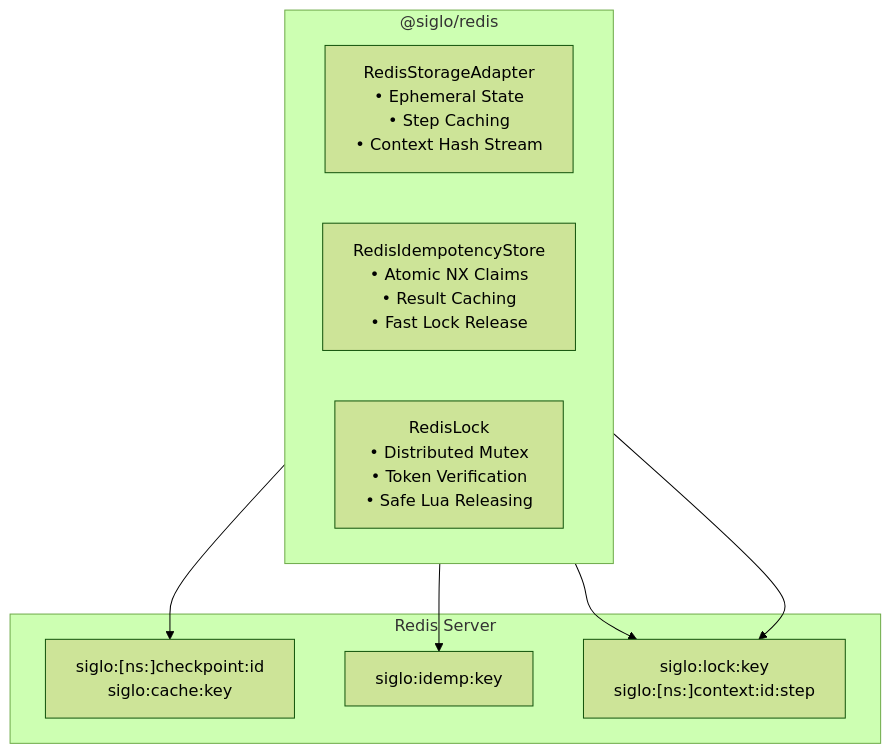
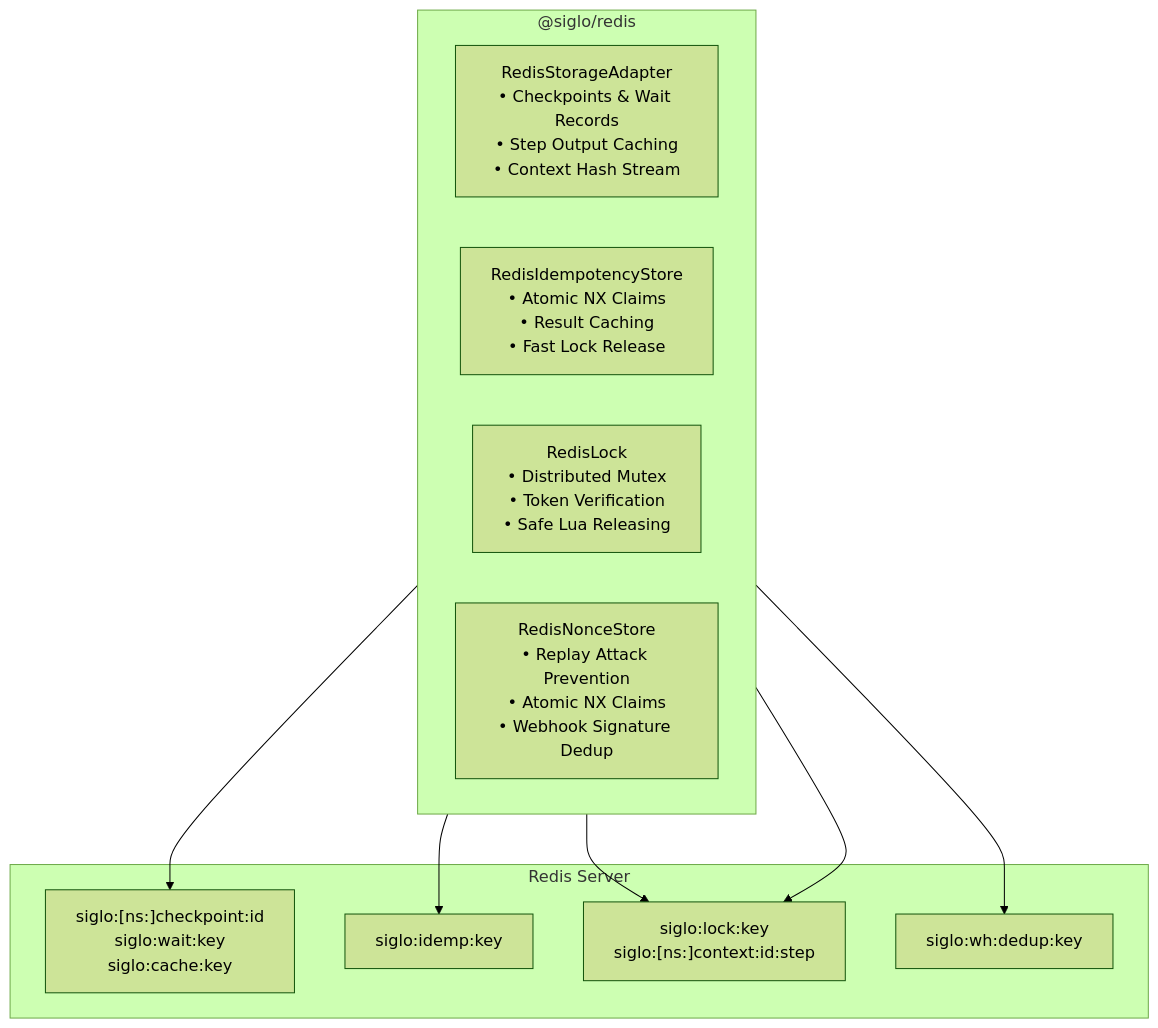
One commit to jsoftgem/siglo changed the diagram in packages/redis/README.md. Above: the diagram before and after it, drawn with Mermaid (forest theme). The commit also changed other lines of this file and 18 other files, not shown here.

````diff
--- a/packages/redis/README.md
+++ b/packages/redis/README.md
@@ -11,20 +16,23 @@
 ```mermaid
 flowchart TD
     subgraph Package["@siglo/redis"]
         direction LR
-        SA["RedisStorageAdapter<br/>• Ephemeral State<br/>• Step Caching<br/>• Context Hash Stream"]
+        SA["RedisStorageAdapter<br/>• Checkpoints & Wait Records<br/>• Step Output Caching<br/>• Context Hash Stream"]
         IS["RedisIdempotencyStore<br/>• Atomic NX Claims<br/>• Result Caching<br/>• Fast Lock Release"]
         LK["RedisLock<br/>• Distributed Mutex<br/>• Token Verification<br/>• Safe Lua Releasing"]
+        NS["RedisNonceStore<br/>• Replay Attack Prevention<br/>• Atomic NX Claims<br/>• Webhook Signature Dedup"]
     end
 
     subgraph RedisServer["Redis Server"]
-        Keys1["siglo:[ns:]checkpoint:id<br/>siglo:cache:key"]
+        Keys1["siglo:[ns:]checkpoint:id<br/>siglo:wait:key<br/>siglo:cache:key"]
         Keys2["siglo:idemp:key"]
         Keys3["siglo:lock:key<br/>siglo:[ns:]context:id:step"]
+        Keys4["siglo:wh:dedup:key"]
     end
 
     SA --> Keys1
     SA --> Keys3
     IS --> Keys2
     LK --> Keys3
+    NS --> Keys4
 ```
````
